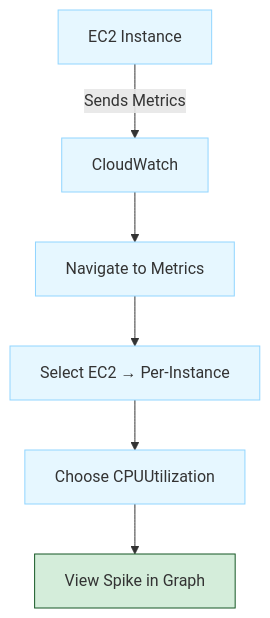
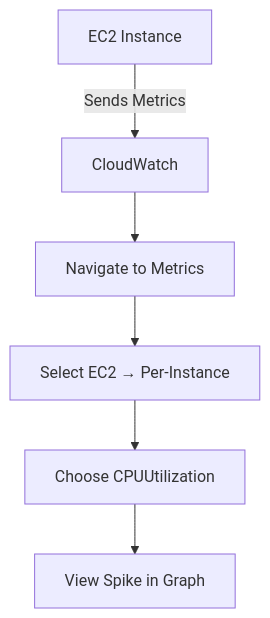
Before and after one commit to sujith-eag/sujith-library: the second of 2 diagrams in docs/dev-cloud/cclab/lab_13.md, drawn with Mermaid. The commit also changed other lines of this file and 41 other files, not shown here.

First line of the commit message:
Refactor diagrams and remove redundant styles in documentation

````diff
--- a/docs/dev-cloud/cclab/lab_13.md
+++ b/docs/dev-cloud/cclab/lab_13.md
@@ -115,14 +108,8 @@
 ```mermaid
 flowchart TD
     EC2[EC2 Instance] -->|Sends Metrics| CW[CloudWatch]
     CW --> Nav[Navigate to Metrics]
     Nav --> Select[Select EC2 → Per-Instance]
     Select --> CPU[Choose CPUUtilization]
     CPU --> Graph[View Spike in Graph]
-
-    classDef process fill:#e6f7ff,stroke:#91d5ff
-    classDef success fill:#d4edda,stroke:#155724
-
-    class EC2,CW,Nav,Select,CPU process
-    class Graph success
 ```
````
